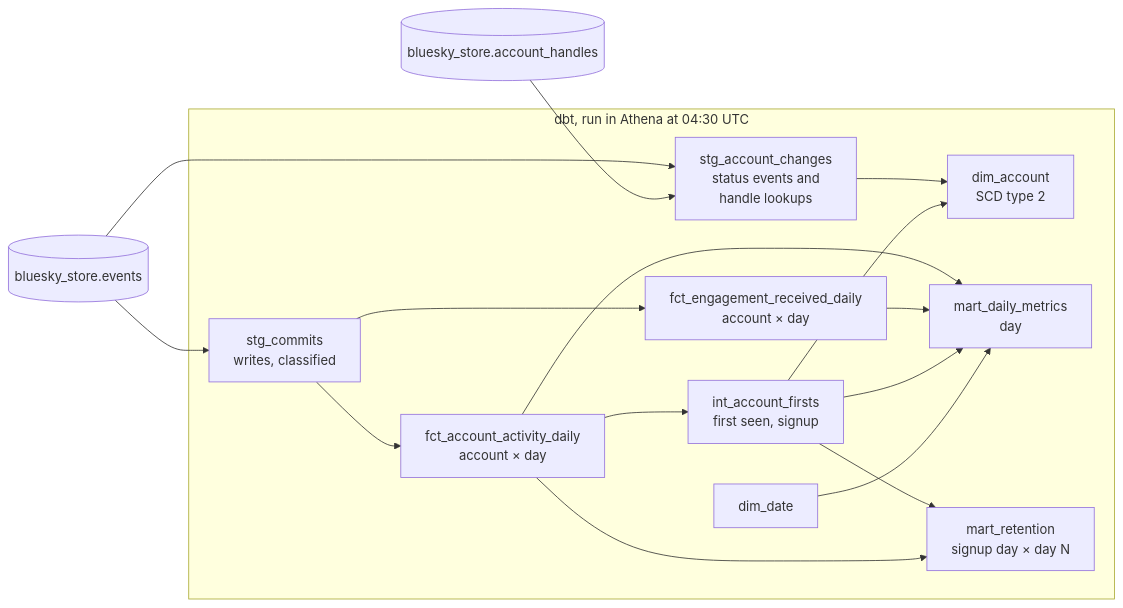
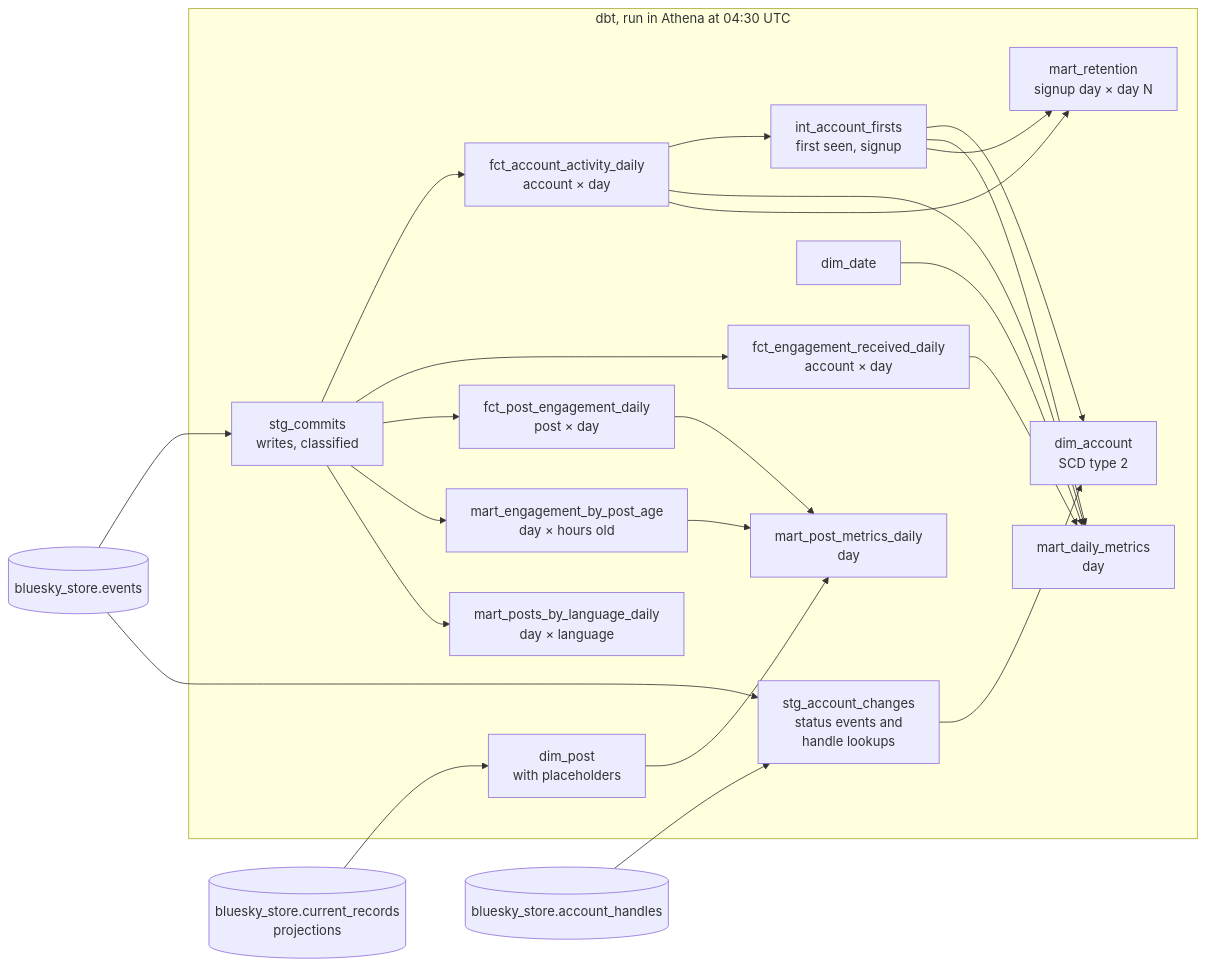
Before and after one commit to dhirajkk91/bluesky-stream-analytics: the diagram in docs/architectures/marts.md, drawn with Mermaid. The commit also changed other lines of this file and 17 other files, not shown here.

````diff
--- a/docs/architectures/marts.md
+++ b/docs/architectures/marts.md
@@ -24,30 +24,43 @@
 ```mermaid
 flowchart LR
     EV[("bluesky_store.events")]
     AH[("bluesky_store.account_handles")]
+    CR[("bluesky_store.current_records<br/>projections")]
     subgraph dbt["dbt, run in Athena at 04:30 UTC"]
         SC["stg_commits<br/>writes, classified"]
         SA["stg_account_changes<br/>status events and<br/>handle lookups"]
         FA["fct_account_activity_daily<br/>account × day"]
         FE["fct_engagement_received_daily<br/>account × day"]
         IF["int_account_firsts<br/>first seen, signup"]
         DA["dim_account<br/>SCD type 2"]
         DD["dim_date"]
         MD["mart_daily_metrics<br/>day"]
         MR["mart_retention<br/>signup day × day N"]
+        DP["dim_post<br/>with placeholders"]
+        FP["fct_post_engagement_daily<br/>post × day"]
+        MA["mart_engagement_by_post_age<br/>day × hours old"]
+        MP["mart_post_metrics_daily<br/>day"]
+        ML["mart_posts_by_language_daily<br/>day × language"]
     end
     EV --> SC
     EV --> SA
     AH --> SA
     SC --> FA
     SC --> FE
     FA --> IF
     SA --> DA
     IF --> DA
     FA --> MD
     FE --> MD
     IF --> MD
     DD --> MD
     IF --> MR
     FA --> MR
+    CR --> DP
+    SC --> FP
+    SC --> MA
+    SC --> ML
+    DP --> MP
+    FP --> MP
+    MA --> MP
 ```
````
